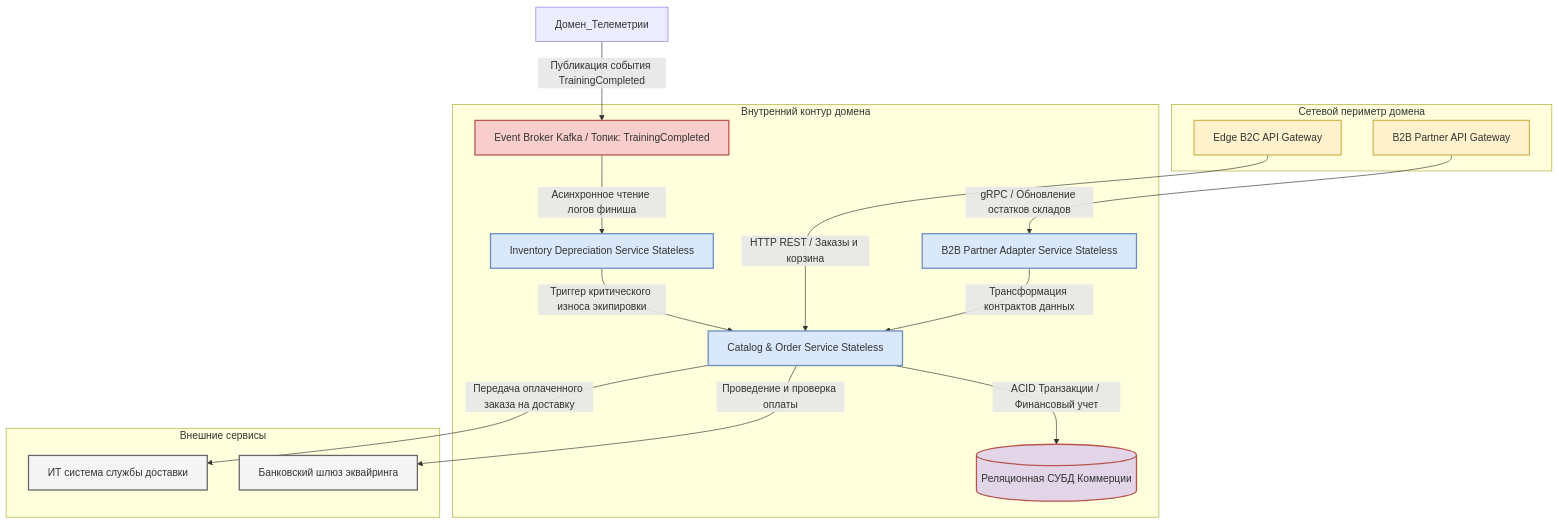
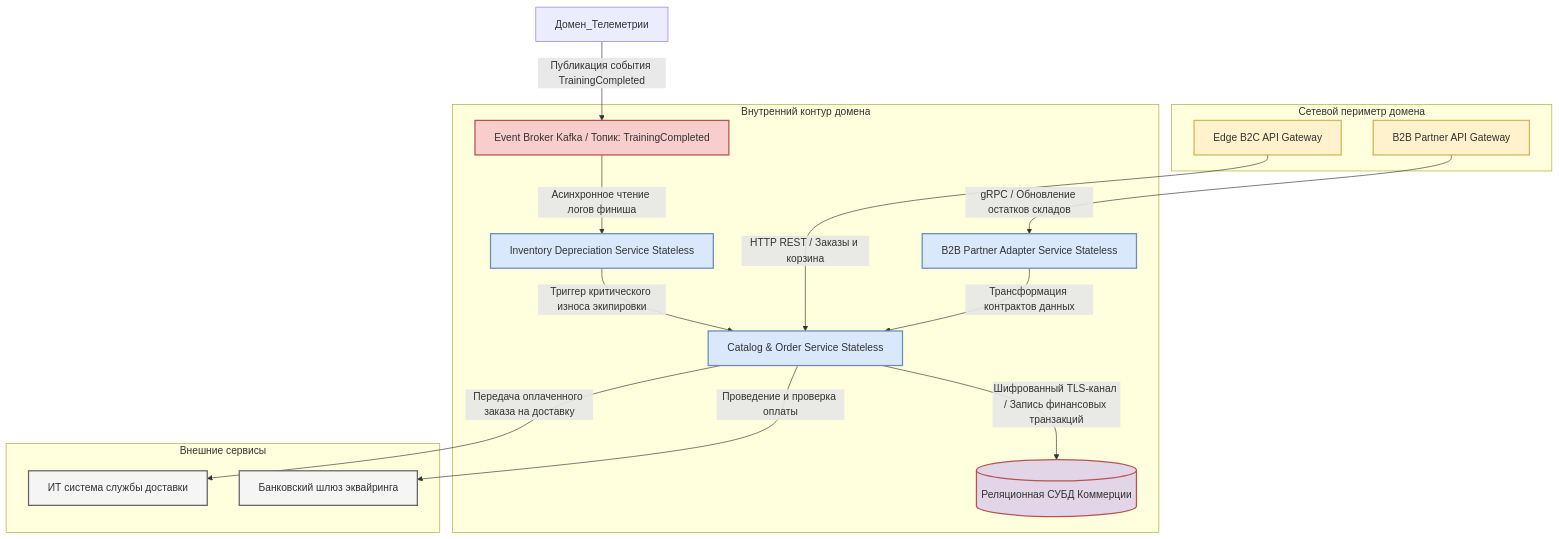
The second of 5 diagrams in stage-2-planning/13-component-architecture.md (Maksim-Burning-Inside/Sports-app-architecture), drawn with Mermaid before and after one commit. The commit also changed other lines of this file, not shown here.

````diff
--- a/stage-2-planning/13-component-architecture.md
+++ b/stage-2-planning/13-component-architecture.md
@@ -73,44 +73,44 @@
 ```mermaid
 %%{init: {"flowchart": {"htmlLabels": true, "wrappingWidth": 500}, "themeCSS": ".edgeLabel foreignObject { overflow: visible; !important } .edgeLabel span { white-space: normal; !important; display: block; max-width: 500px; }"}}%%
 graph TD
     %% Описание стилей для красивого отображения
     classDef perimeter fill:#fff2cc,stroke:#d6b656,stroke-width:2px;
     classDef internal fill:#dae8fc,stroke:#6c8ebf,stroke-width:2px;
     classDef db fill:#e1d5e7,stroke:#b85450,stroke-width:2px;
     classDef queue fill:#f8cecc,stroke:#b85450,stroke-width:2px;
     classDef external fill:#f5f5f5,stroke:#666666,stroke-width:2px;
 
     subgraph Сетевой периметр домена
         B1[Edge B2C API Gateway]:::perimeter
         B2[B2B Partner API Gateway]:::perimeter
     end
 
     subgraph Внутренний контур домена
         C1[Catalog & Order Service Stateless]:::internal
         C2[Inventory Depreciation Service Stateless]:::internal
         C3[B2B Partner Adapter Service Stateless]:::internal
         D1[Event Broker Kafka / Топик: TrainingCompleted]:::queue
         F1[(Реляционная СУБД Коммерции)]:::db
     end
 
     subgraph Внешние сервисы
         E1[Банковский шлюз эквайринга]:::external
         E2[ИТ система службы доставки]:::external
     end
 
     %% Взаимодействие компонентов и движение трафика
     B1 -->|HTTP REST / Заказы и корзина| C1
     D1 -->|Асинхронное чтение логов финиша| C2
     C2 -->|Триггер критического износа экипировки| C1
     B2 -->|gRPC / Обновление остатков складов| C3
     C3 -->|Трансформация контрактов данных| C1
-    C1 -->|ACID Транзакции / Финансовый учет| F1
+    C1 -->|Шифрованный TLS-канал / Запись финансовых транзакций| F1
     
     %% Новые интеграционные связи с внешним миром
     C1 -->|Проведение и проверка оплаты| E1
     C1 -->|Передача оплаченного заказа на доставку| E2
 
     %% Входящий поток из внешнего домена телеметрии
     Домен_Телеметрии -->|Публикация события TrainingCompleted| D1
 
 ```
````
